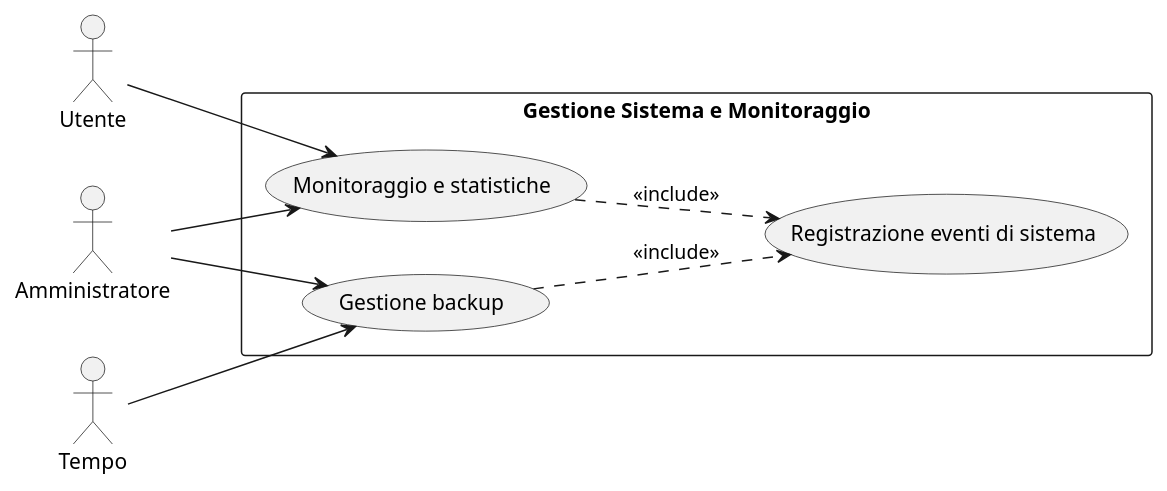
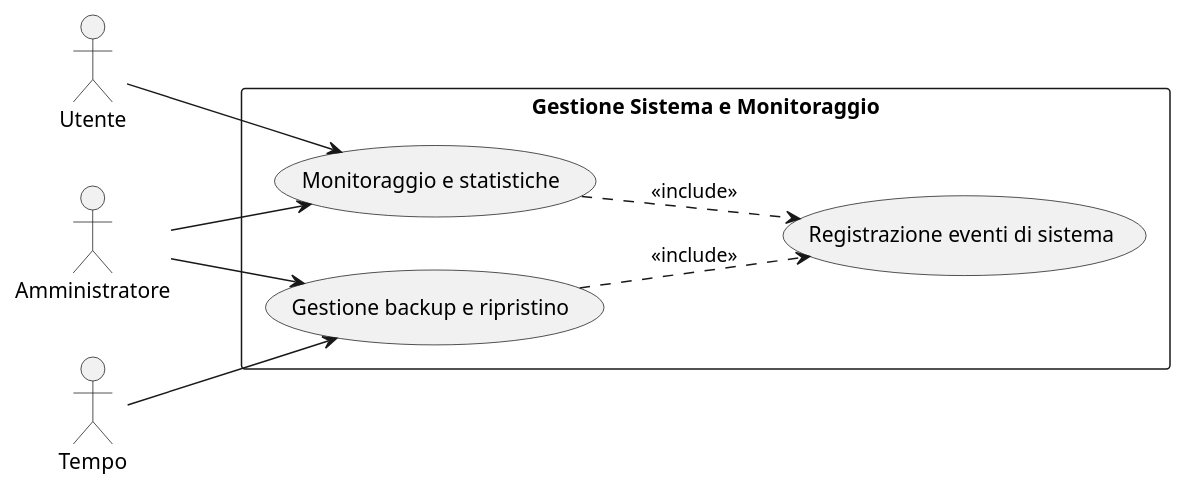
The diagram in casi_uso/gestione_sistema.puml (LapoCremonesi/ingegneria_del_software), drawn with PlantUML before and after one commit. The commit also changed 57 other files, not shown here.

```diff
--- a/casi_uso/gestione_sistema.puml
+++ b/casi_uso/gestione_sistema.puml
@@ -1,24 +1,24 @@
 @startuml
 left to right direction
 
 actor "Utente" as U
 actor "Amministratore" as A
 actor "Tempo" as T
 
 rectangle "Gestione Sistema e Monitoraggio" {
-  usecase "Gestione backup" as UC7
+  usecase "Gestione backup e ripristino" as UC7
   usecase "Monitoraggio e statistiche" as UC8
   usecase "Registrazione eventi di sistema" as UCE1
 }
 
 U --> UC8
 
 A --> UC7
 A --> UC8
 
 T --> UC7
 
 UC7 ..> UCE1 : <<include>>
 UC8 ..> UCE1 : <<include>>
 
 @enduml
```
